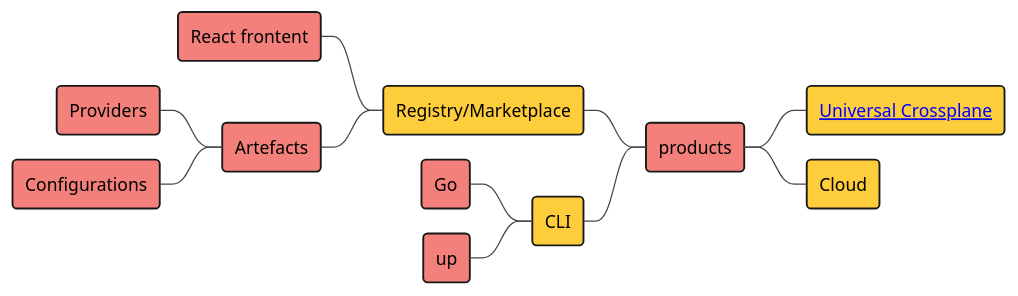
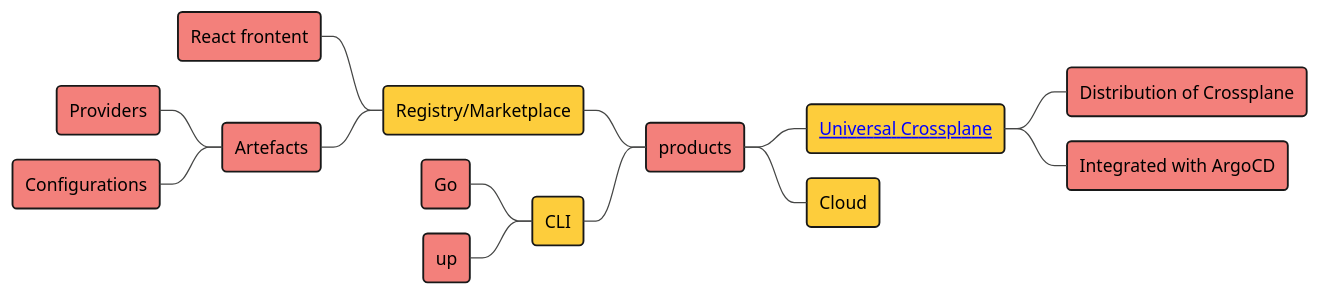
The diagram in diagrams/upbound-products-map.puml (Piotr1215/cloudrumble), drawn with PlantUML before and after one commit. The commit also changed 1 other file, not shown here.

```diff
--- a/diagrams/upbound-products-map.puml
+++ b/diagrams/upbound-products-map.puml
@@ -1,24 +1,26 @@
 @startmindmap
 !theme vibrant
 <style>
 mindmapDiagram {
     node {
         BackgroundColor #f3807b
     }
     :depth(1) {
       BackGroundColor #fdcd3c
     }
 }
 </style>
 * products
 ++ [[https://github.com/upbound/universal-crossplane Universal Crossplane]]
++++ Distribution of Crossplane
++++ Integrated with ArgoCD
 ++ Cloud
 -- Registry/Marketplace
 --- React frontent
 --- Artefacts
 ---- Providers
 ---- Configurations
 -- CLI
 --- Go
 --- up
 @endmindmap
```
